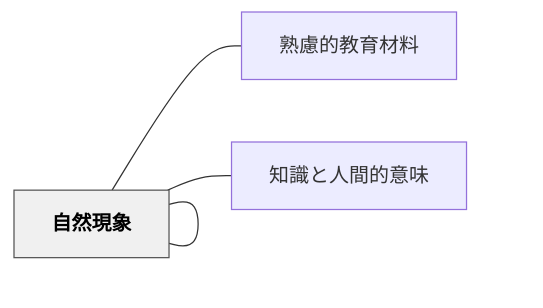
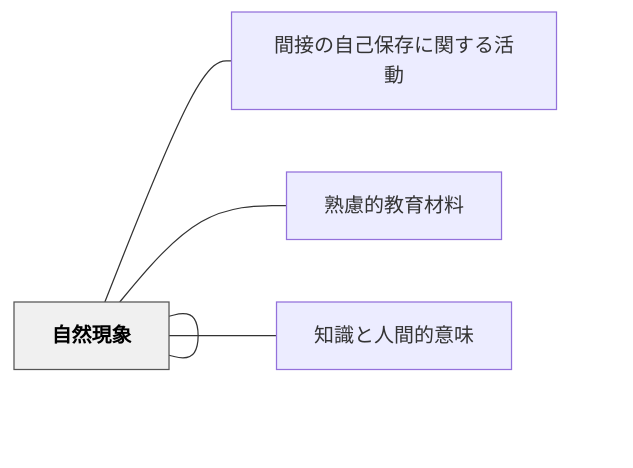
The diagram in content/パタン/自然法則に関する知識体系.md (unknownthings-ed-patterns/unknownthings-ed-patterns), drawn with Mermaid before and after one commit. The commit also changed other lines of this file and 473 other files, not shown here.

````diff
--- a/content/パタン/自然法則に関する知識体系.md
+++ b/content/パタン/自然法則に関する知識体系.md
@@ -44,14 +45,16 @@
 ```mermaid
 flowchart LR
     ne887aae784b6["自然法則に関する知識体系"]
+    ne99693e68ea5["間接の自己保存に関する活動"]
     ne7869fe685ae["熟慮的教育材料"]
     ne887aae784b6["自然現象"]
     ne79fa5e8ad98["知識と人間的意味"]
 
+    ne887aae784b6 --- ne99693e68ea5
     ne887aae784b6 --- ne7869fe685ae
     ne887aae784b6 --- ne887aae784b6
     ne887aae784b6 --- ne79fa5e8ad98
 
     classDef hub fill:#f0f0f0,stroke:#555,color:#000,font-weight:bold
     class ne887aae784b6 hub
 ```
````
